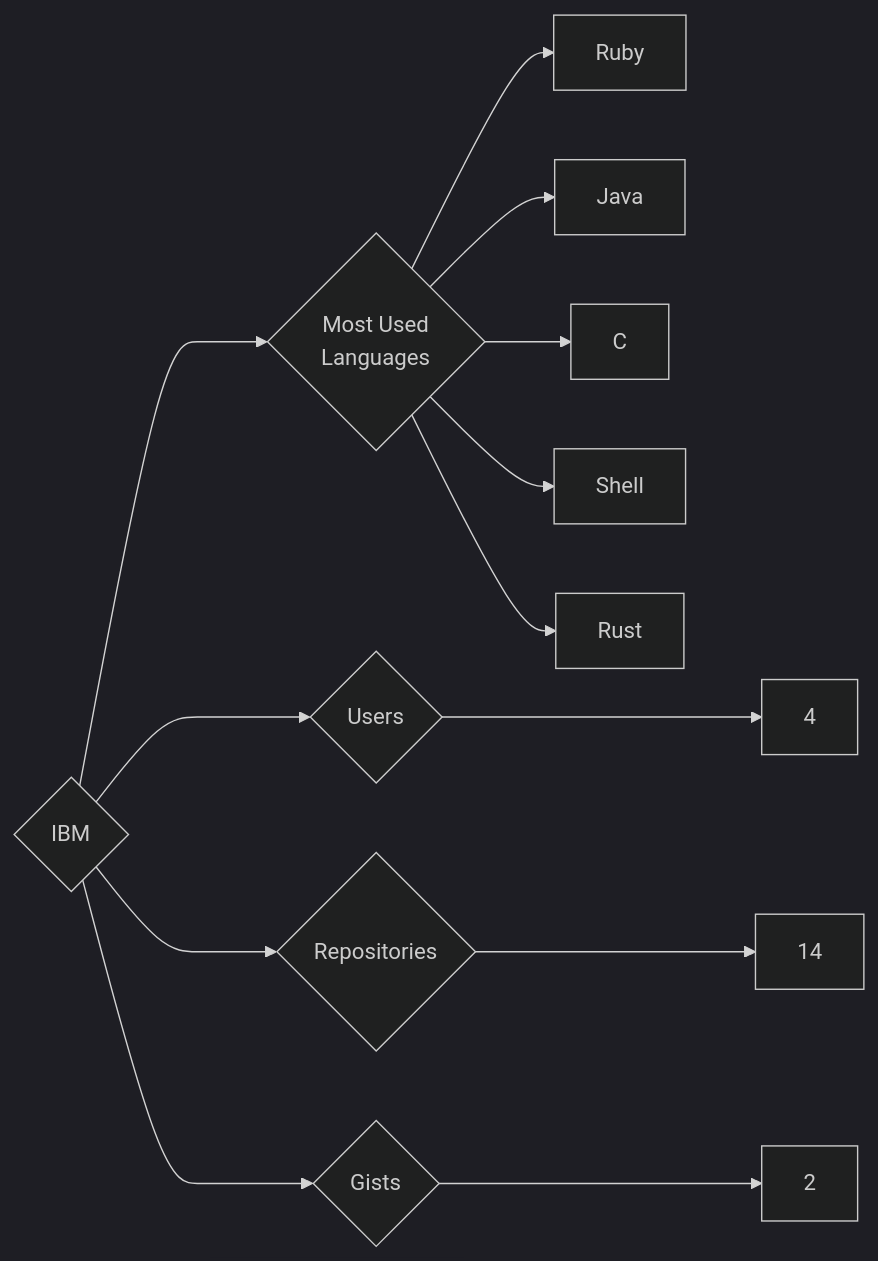
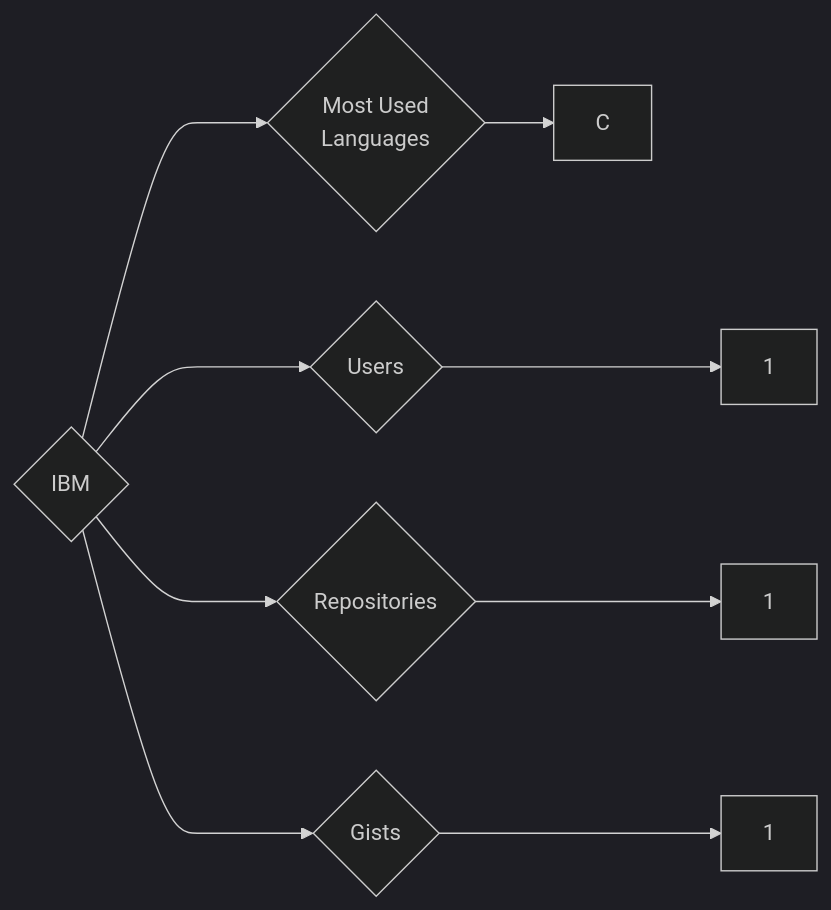
One commit to trickest/insiders changed the diagram in targets/IBM/README.md. Above: the diagram before and after it, drawn with Mermaid (dark theme). The commit also changed 559 other files, not shown here.

````diff
--- a/targets/IBM/README.md
+++ b/targets/IBM/README.md
@@ -3,13 +3,9 @@
 ```mermaid
 graph LR
 COMPANY_NAME{IBM}
-COMPANY_NAME ---> U{Users} ---> UN[4]
-COMPANY_NAME ---> R{Repositories} ---> RN[14]
-COMPANY_NAME ---> G{Gists} ---> GN[2]
+COMPANY_NAME ---> U{Users} ---> UN[1]
+COMPANY_NAME ---> R{Repositories} ---> RN[1]
+COMPANY_NAME ---> G{Gists} ---> GN[1]
 COMPANY_NAME ---> ML{Most Used<br>Languages}
-ML --> Ruby[Ruby]
-ML --> Java[Java]
 ML --> C[C]
-ML --> Shell[Shell]
-ML --> Rust[Rust]
 ```
````
